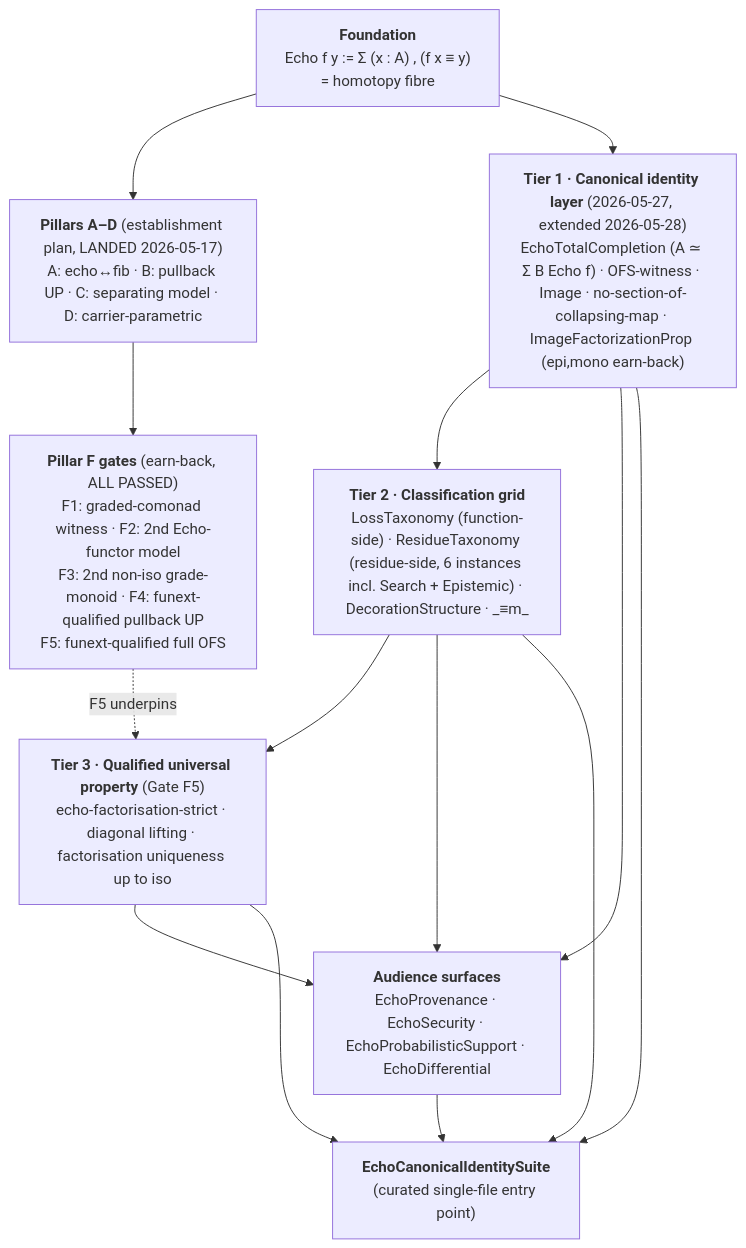
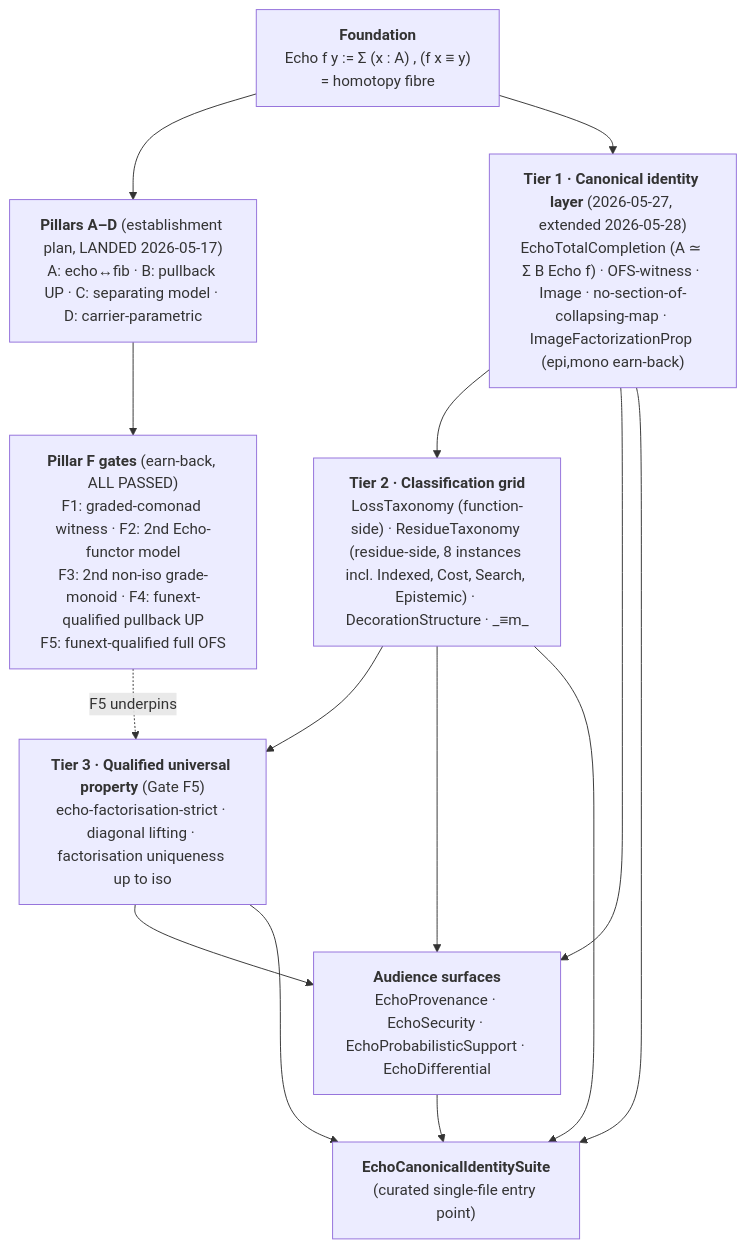
One commit to hyperpolymath/echo-types changed the diagram in README.md. Above: the diagram before and after it, drawn with Mermaid. The commit also changed 4 other files, not shown here.

````diff
--- a/README.md
+++ b/README.md
@@ -30,25 +30,25 @@
 ```mermaid
 flowchart TD
     F["<b>Foundation</b><br/>Echo f y := Σ (x : A) , (f x ≡ y)<br/>= homotopy fibre"]
     AD["<b>Pillars A–D</b> (establishment plan, LANDED 2026-05-17)<br/>A: echo↔fib · B: pullback UP · C: separating model · D: carrier-parametric"]
     PF["<b>Pillar F gates</b> (earn-back, ALL PASSED)<br/>F1: graded-comonad witness · F2: 2nd Echo-functor model<br/>F3: 2nd non-iso grade-monoid · F4: funext-qualified pullback UP<br/>F5: funext-qualified full OFS"]
     T1["<b>Tier 1 · Canonical identity layer</b> (2026-05-27, extended 2026-05-28)<br/>EchoTotalCompletion (A ≃ Σ B Echo f) · OFS-witness · Image · no-section-of-collapsing-map · ImageFactorizationProp (epi,mono earn-back)"]
-    T2["<b>Tier 2 · Classification grid</b><br/>LossTaxonomy (function-side) · ResidueTaxonomy (residue-side, 6 instances incl. Search + Epistemic) · DecorationStructure · _≡m_"]
+    T2["<b>Tier 2 · Classification grid</b><br/>LossTaxonomy (function-side) · ResidueTaxonomy (residue-side, 8 instances incl. Indexed, Cost, Search, Epistemic) · DecorationStructure · _≡m_"]
     T3["<b>Tier 3 · Qualified universal property</b> (Gate F5)<br/>echo-factorisation-strict · diagonal lifting · factorisation uniqueness up to iso"]
     AUD["<b>Audience surfaces</b><br/>EchoProvenance · EchoSecurity · EchoProbabilisticSupport · EchoDifferential"]
     SUITE["<b>EchoCanonicalIdentitySuite</b><br/>(curated single-file entry point)"]
 
     F --> AD
     AD --> PF
     F --> T1
     T1 --> T2
     T2 --> T3
     PF -.->|F5 underpins| T3
     T1 --> AUD
     T2 --> AUD
     T3 --> AUD
     T1 --> SUITE
     T2 --> SUITE
     T3 --> SUITE
     AUD --> SUITE
 ```
````
